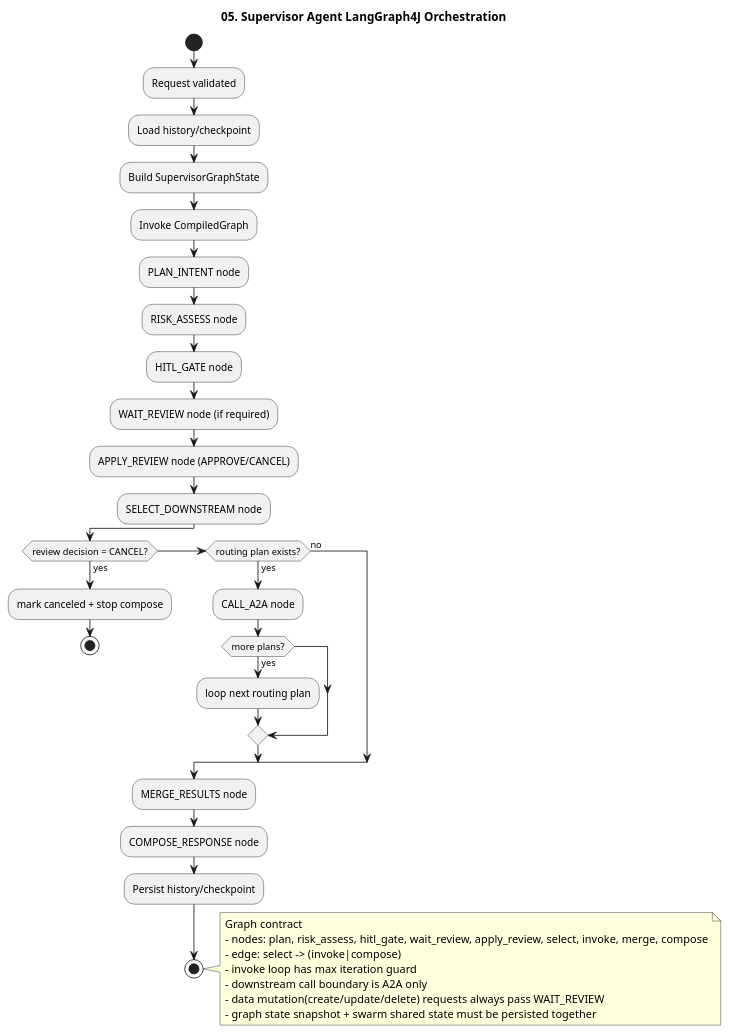
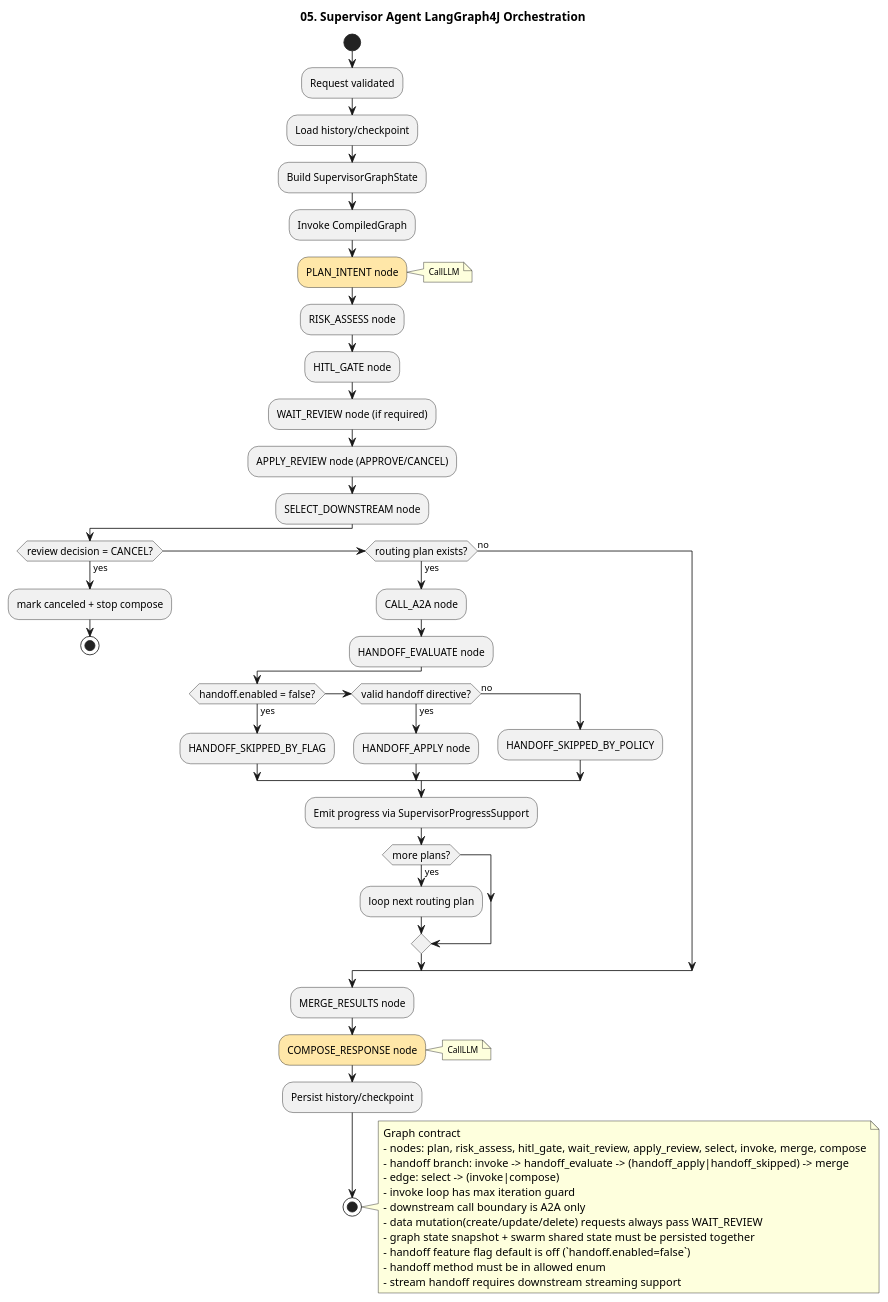
Before and after one commit to kim57uak/spring-ai: the diagram in documents/a2a-host_agent-architecture/05-langgraph-orchestration.puml, drawn with PlantUML. The commit also changed 69 other files, not shown here.

```diff
--- a/documents/a2a-host_agent-architecture/05-langgraph-orchestration.puml
+++ b/documents/a2a-host_agent-architecture/05-langgraph-orchestration.puml
@@ -1,53 +1,77 @@
 @startuml
 !pragma layout smetana
 title 05. Supervisor Agent LangGraph4J Orchestration
 
 skinparam shadowing false
+skinparam linetype ortho
+skinparam ActivityDiamondFontSize 12
 
 start
 
 :Request validated;
 :Load history/checkpoint;
 :Build SupervisorGraphState;
 :Invoke CompiledGraph;
 
-:PLAN_INTENT node;
+#FFE7A8:PLAN_INTENT node;
+note right
+<size:10>CallLLM</size>
+end note
 :RISK_ASSESS node;
 :HITL_GATE node;
 :WAIT_REVIEW node (if required);
 :APPLY_REVIEW node (APPROVE/CANCEL);
 :SELECT_DOWNSTREAM node;
 
 if (review decision = CANCEL?) then (yes)
   :mark canceled + stop compose;
   stop
 elseif (routing plan exists?) then (yes)
   :CALL_A2A node;
+  :HANDOFF_EVALUATE node;
+  if (handoff.enabled = false?) then (yes)
+    :HANDOFF_SKIPPED_BY_FLAG;
+  elseif (valid handoff directive?) then (yes)
+    :HANDOFF_APPLY node;
+  else (no)
+    :HANDOFF_SKIPPED_BY_POLICY;
+  endif
+  :Emit progress via SupervisorProgressSupport;
   if (more plans?) then (yes)
     :loop next routing plan;
   endif
 else (no)
 endif
 
 :MERGE_RESULTS node;
-:COMPOSE_RESPONSE node;
+#FFE7A8:COMPOSE_RESPONSE node;
+note right
+<size:10>CallLLM</size>
+end note
 :Persist history/checkpoint;
 
 stop
 
 note right
 Graph contract
 - nodes: plan, risk_assess, hitl_gate, wait_review, apply_review, select, invoke, merge, compose
+- handoff branch: invoke -> handoff_evaluate -> (handoff_apply|handoff_skipped) -> merge
 - edge: select -> (invoke|compose)
 - invoke loop has max iteration guard
 - downstream call boundary is A2A only
 - data mutation(create/update/delete) requests always pass WAIT_REVIEW
 - graph state snapshot + swarm shared state must be persisted together
+- handoff feature flag default is off (`handoff.enabled=false`)
+- handoff method must be in allowed enum
+- stream handoff requires downstream streaming support
 end note
 
+' 2026-04-13 sync with doc 34
+' - add handoff evaluate/apply/skipped branch
+' - add feature-flag behavior and progress common module usage
 ' 2026-04-12 sync with docs 30/31
 ' - Scope: HITL decision limited to APPROVE/CANCEL in current phase
 ' - Data mutation requests (create/update/delete) require mandatory HITL
 ' - A2A compatibility mode keeps both legacy and v1.0 methods
 ' - User profile input collection is deferred to next phase
 @enduml
```
